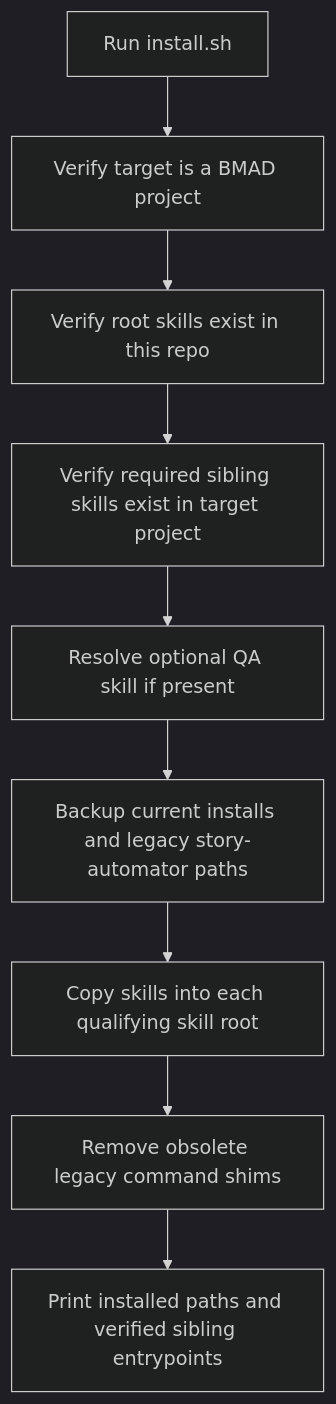
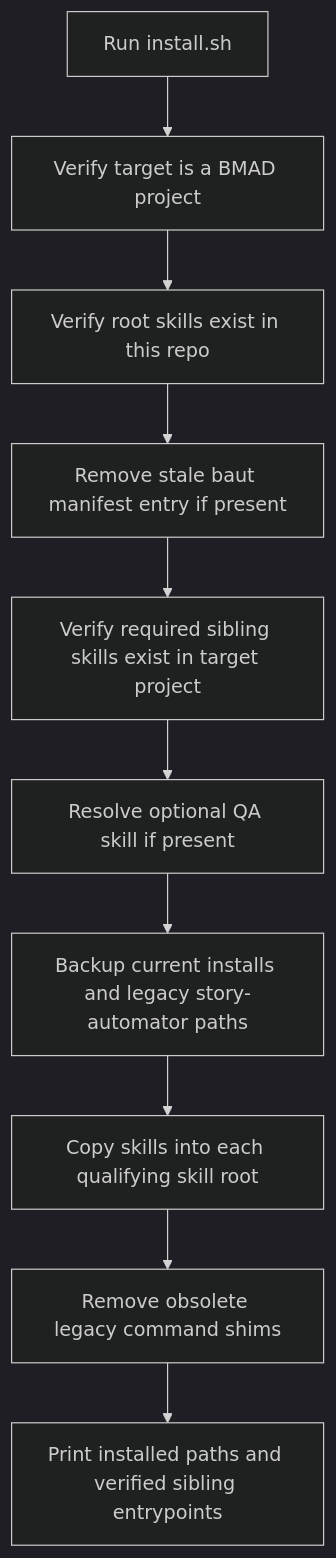
The first of 2 diagrams in docs/installation-and-layout.md (mira5557373/bmad-automator), drawn with Mermaid (dark theme) before and after one commit. The commit also changed other lines of this file and 6 other files, not shown here.

Commit message:
fix: support legacy baut automator installs

````diff
--- a/docs/installation-and-layout.md
+++ b/docs/installation-and-layout.md
@@ -59,11 +68,12 @@
 ```mermaid
 flowchart TD
     A["Run install.sh <project>"] --> B["Verify target is a BMAD project"]
     B --> C["Verify root skills exist in this repo"]
-    C --> D["Verify required sibling skills exist in target project"]
-    D --> E["Resolve optional QA skill if present"]
-    E --> F["Backup current installs and legacy story-automator paths"]
-    F --> G["Copy skills into each qualifying skill root"]
-    G --> H["Remove obsolete legacy command shims"]
-    H --> I["Print installed paths and verified sibling entrypoints"]
+    C --> D["Remove stale baut manifest entry if present"]
+    D --> E["Verify required sibling skills exist in target project"]
+    E --> F["Resolve optional QA skill if present"]
+    F --> G["Backup current installs and legacy story-automator paths"]
+    G --> H["Copy skills into each qualifying skill root"]
+    H --> I["Remove obsolete legacy command shims"]
+    I --> J["Print installed paths and verified sibling entrypoints"]
 ```
````
